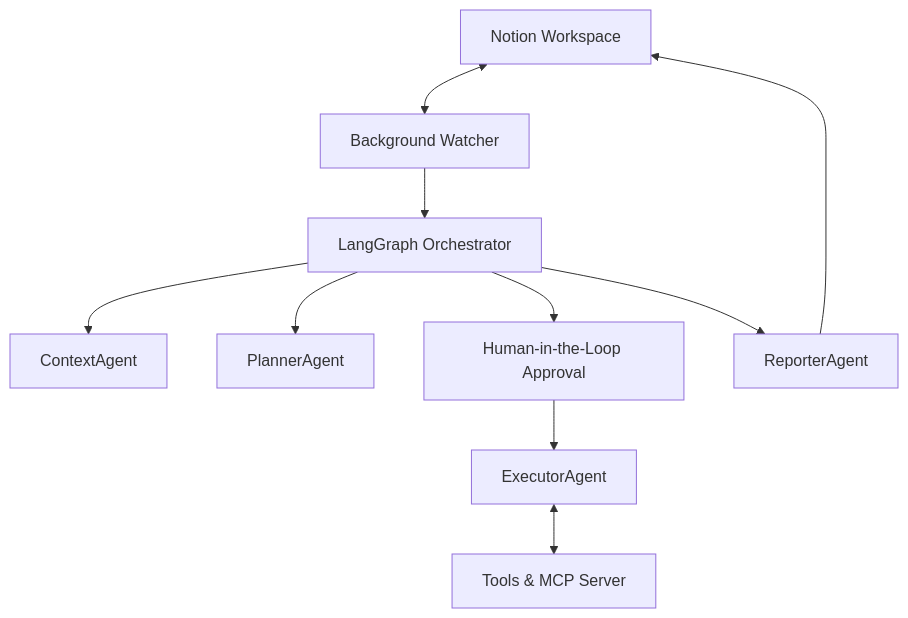
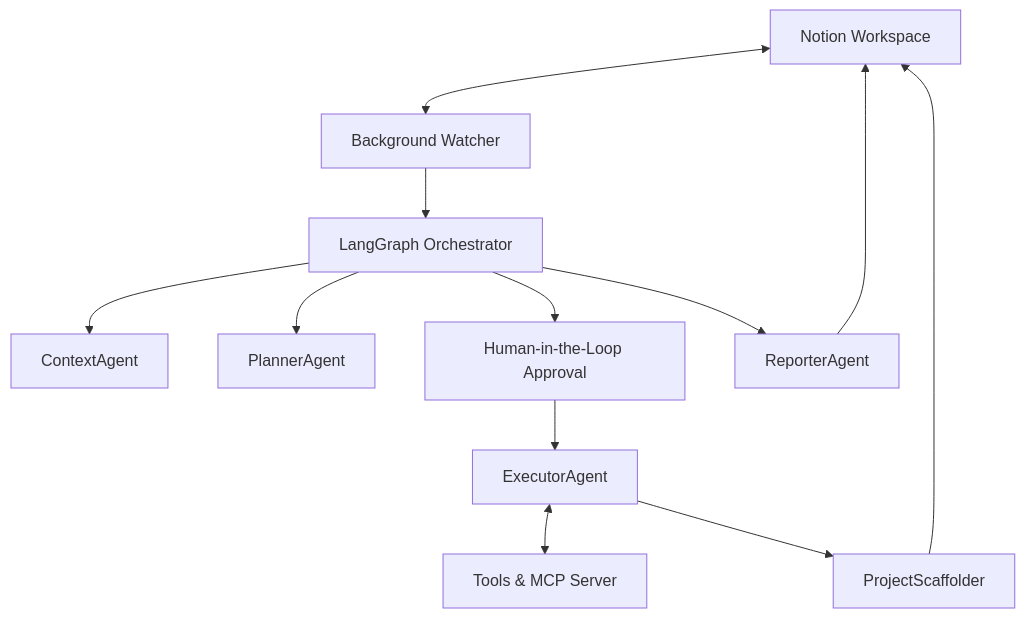
The diagram in README.md (Arya-Akshat/NotionOS), drawn with Mermaid before and after one commit. The commit also changed other lines of this file, not shown here.

````diff
--- a/README.md
+++ b/README.md
@@ -16,12 +16,14 @@
 ```mermaid
 graph TD
     A[Notion Workspace] <--> B[Background Watcher]
     B --> C[LangGraph Orchestrator]
     C --> D[ContextAgent]
     C --> E[PlannerAgent]
     C --> F[Human-in-the-Loop Approval]
     F --> G[ExecutorAgent]
     G <--> H[Tools & MCP Server]
+    G --> J[ProjectScaffolder]
+    J --> A
     C --> I[ReporterAgent]
     I --> A
 ```
````
